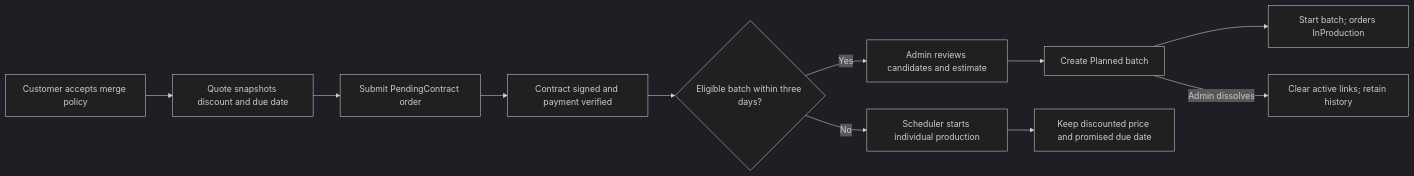
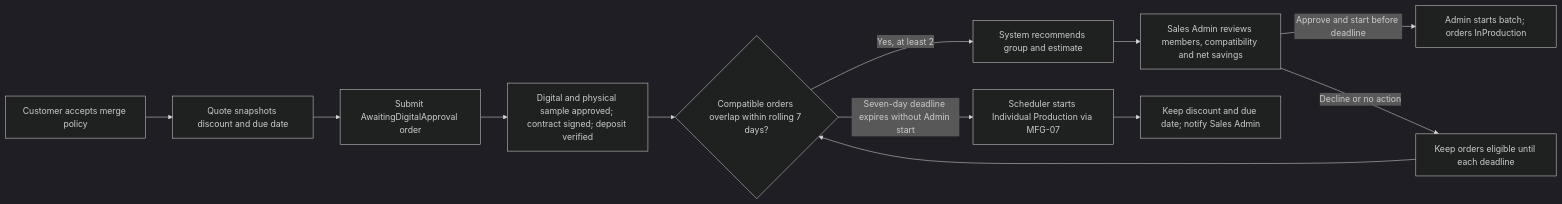
One commit to ankhanhwork/weavelink-project changed the first of 2 diagrams in specs/spec-MFG-10.md. Above: the diagram before and after it, drawn with Mermaid (dark theme). The commit also changed other lines of this file and 101 other files, not shown here.

````diff
--- a/specs/spec-MFG-10.md
+++ b/specs/spec-MFG-10.md
@@ -67,13 +69,14 @@
 ```mermaid
 flowchart LR
   OptIn[Customer accepts merge policy] --> Quote[Quote snapshots discount and due date]
-  Quote --> Order[Submit PendingContract order]
-  Order --> Paid[Contract signed and payment verified]
-  Paid --> Window{Eligible batch within three days?}
-  Window -->|Yes| Candidates[Admin reviews candidates and estimate]
-  Candidates --> Planned[Create Planned batch]
-  Planned --> Start[Start batch; orders InProduction]
-  Planned -->|Admin dissolves| Dissolve[Clear active links; retain history]
-  Window -->|No| Fallback[Scheduler starts individual production]
-  Fallback --> SameTerms[Keep discounted price and promised due date]
+  Quote --> Order[Submit AwaitingDigitalApproval order]
+  Order --> Paid[Digital and physical sample approved; contract signed; deposit verified]
+  Paid --> Window{Compatible orders overlap within rolling 7 days?}
+  Window -->|Yes, at least 2| Candidates[System recommends group and estimate]
+  Candidates --> Review[Sales Admin reviews members, compatibility and net savings]
+  Review -->|Approve and start before deadline| Start[Admin starts batch; orders InProduction]
+  Review -->|Decline or no action| Wait[Keep orders eligible until each deadline]
+  Wait --> Window
+  Window -->|Seven-day deadline expires without Admin start| Fallback[Scheduler starts Individual Production via MFG-07]
+  Fallback --> SameTerms[Keep discount and due date; notify Sales Admin]
 ```
````
